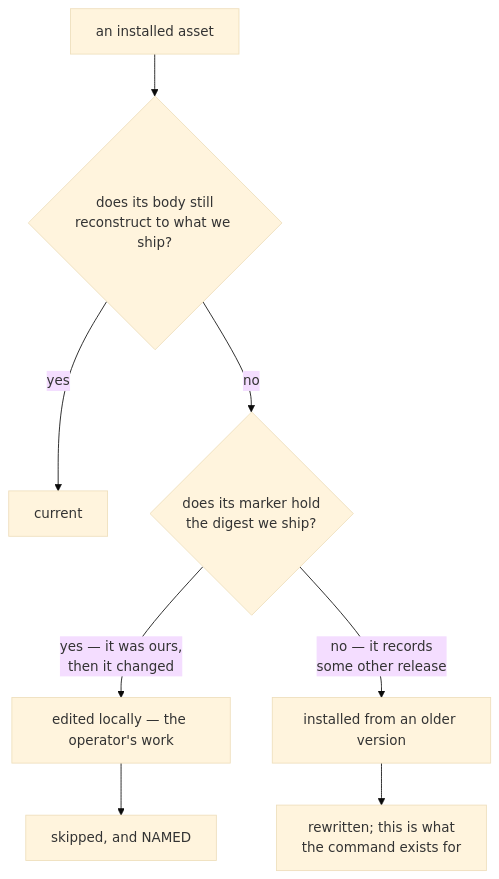
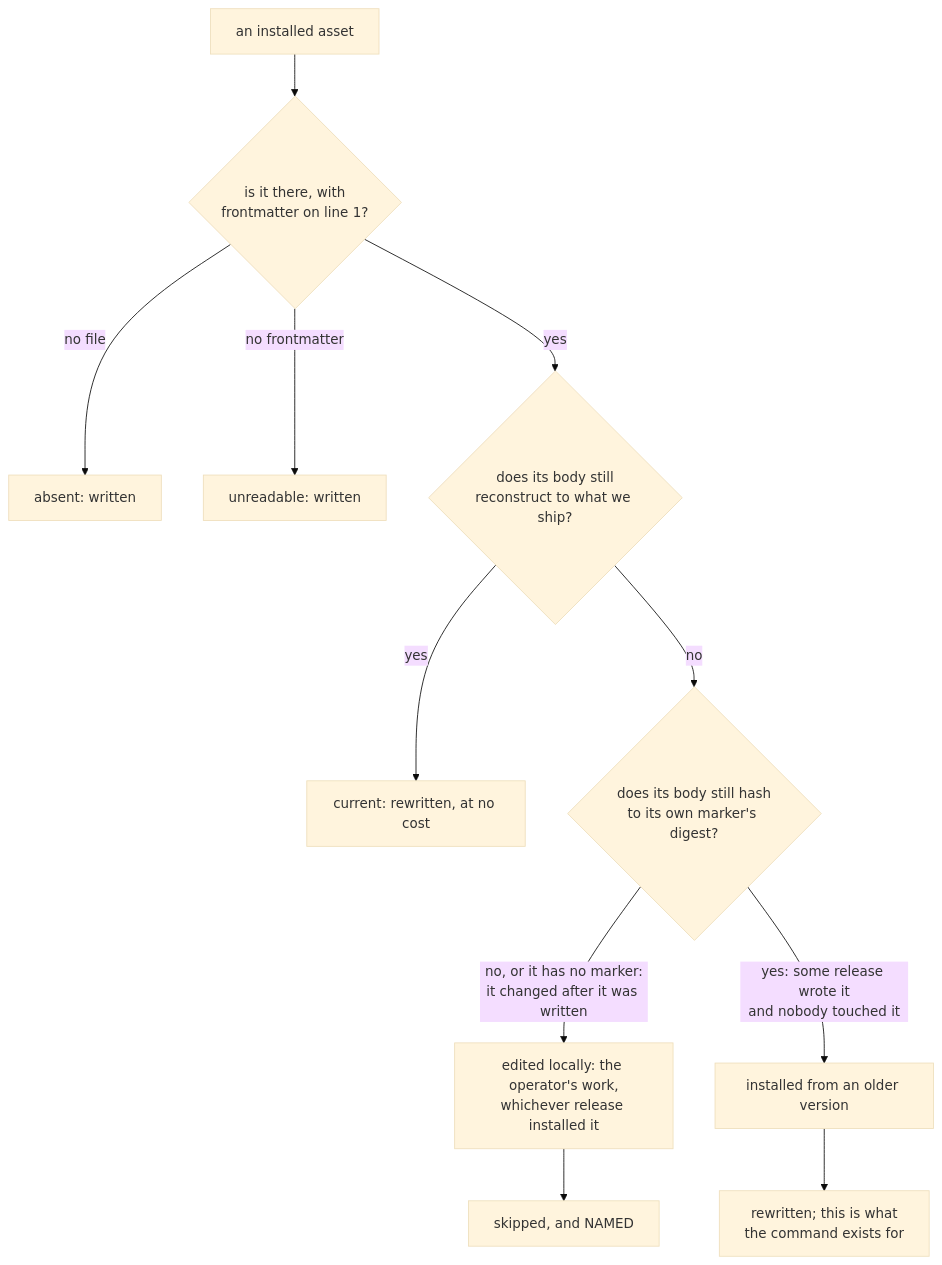
Before and after one commit to Mindchallenges/Invariant: the diagram in docs/architecture/cli.md, drawn with Mermaid (base theme). The commit also changed other lines of this file and 8 other files, not shown here.

````diff
--- a/docs/architecture/cli.md
+++ b/docs/architecture/cli.md
@@ -321,10 +356,13 @@
 ```mermaid
 graph TD
-    T["an installed asset"] --> E{"does its body still<br/>reconstruct to what we ship?"}
-    E -- yes --> C["current"]
-    E -- no --> M{"does its marker hold<br/>the digest we ship?"}
-    M -- "yes — it was ours,<br/>then it changed" --> L["edited locally — the operator's work"]
-    M -- "no — it records<br/>some other release" --> O["installed from an older version"]
+    T["an installed asset"] --> A{"is it there, with<br/>frontmatter on line 1?"}
+    A -- "no file" --> AB["absent: written"]
+    A -- "no frontmatter" --> U["unreadable: written"]
+    A -- yes --> E{"does its body still<br/>reconstruct to what we ship?"}
+    E -- yes --> C["current: rewritten, at no cost"]
+    E -- no --> M{"does its body still hash<br/>to its own marker's digest?"}
+    M -- "no, or it has no marker:<br/>it changed after it was written" --> L["edited locally: the operator's work,<br/>whichever release installed it"]
+    M -- "yes: some release wrote it<br/>and nobody touched it" --> O["installed from an older version"]
     L --> S["skipped, and NAMED"]
     O --> W["rewritten; this is what<br/>the command exists for"]
 ```
````
